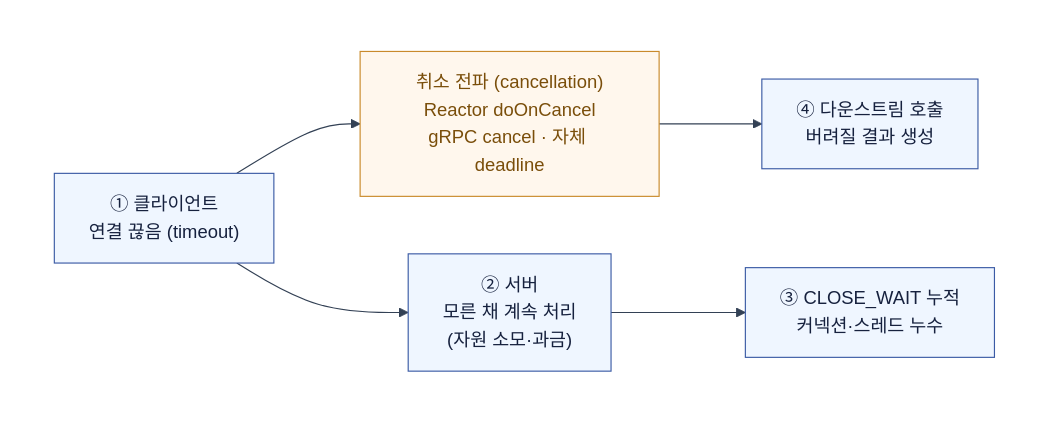
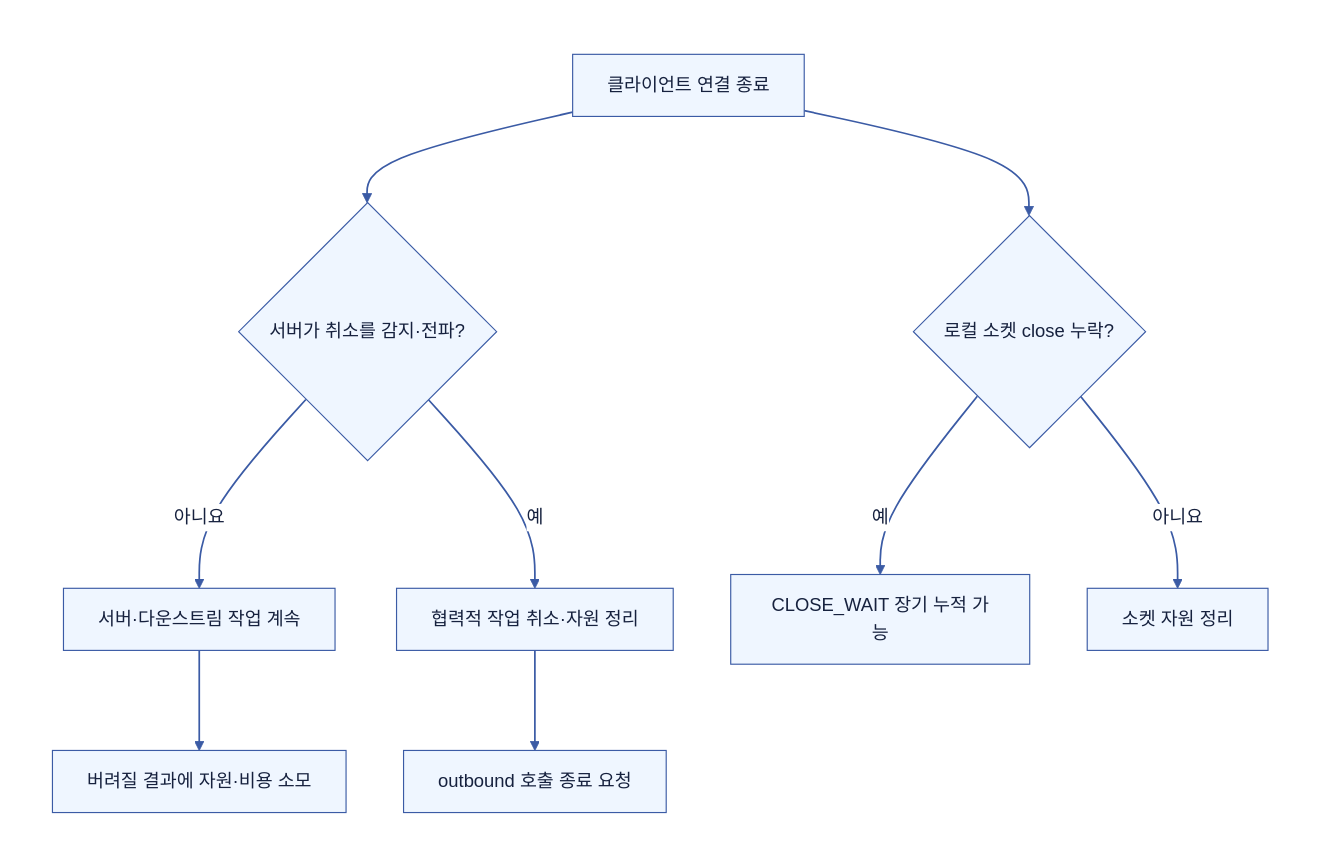
One commit to Hyune-s-lab/my-ai-study changed the fifth of 8 diagrams in computer-science/2606-모의면접-timeout.md. Above: the diagram before and after it, drawn with Mermaid. The commit also changed other lines of this file and 28 other files, not shown here.

Commit message:
docs: Mermaid 호환성과 문서 가독성 개선

````diff
--- a/computer-science/2606-모의면접-timeout.md
+++ b/computer-science/2606-모의면접-timeout.md
@@ -284,35 +246,22 @@
 ```mermaid
----
-config:
-  theme: base
-  darkMode: false
-  themeVariables:
-    background: "#ffffff"
-    primaryColor: "#ffffff"
-    primaryTextColor: "#111827"
-    primaryBorderColor: "#475569"
-    lineColor: "#334155"
-    edgeLabelBackground: "#ffffff"
----
-flowchart LR
+flowchart TD
+%%{init: {"theme": "base", "darkMode": false, "themeVariables": {"background": "#ffffff", "primaryColor": "#EFF6FF", "primaryTextColor": "#16213E", "primaryBorderColor": "#3B5BA5", "secondaryColor": "#F0FDF4", "tertiaryColor": "#FAF5FF", "lineColor": "#3B5BA5", "textColor": "#16213E", "edgeLabelBackground": "#ffffff", "clusterBkg": "#F8FAFC", "clusterBorder": "#CBD5E1"}}}%%
   subgraph canvas[" "]
-    direction LR
-
-    cli_disc["① 클라이언트\n연결 끊음 (timeout)"]
-    server_run["② 서버\n모른 채 계속 처리\n(자원 소모·과금)"]
-    close_wait["③ CLOSE_WAIT 누적\n커넥션·스레드 누수"]
-    downstream["④ 다운스트림 호출\n버려질 결과 생성"]
-
-    cli_disc --> cancel["취소 전파 (cancellation)\nReactor doOnCancel\ngRPC cancel · 자체 deadline"]
-    cancel --> downstream
+    direction TD
+    disconnect["클라이언트 연결 종료"] --> detect{"서버가 취소를 감지·전파?"}
+    detect -->|"아니요"| work["서버·다운스트림 작업 계속"]
+    work --> waste["버려질 결과에 자원·비용 소모"]
+    detect -->|"예"| cancel["협력적 작업 취소·자원 정리"]
+    cancel --> outbound["outbound 호출 종료 요청"]
+    disconnect --> close{"로컬 소켓 close 누락?"}
+    close -->|"예"| leak["CLOSE_WAIT 장기 누적 가능"]
+    close -->|"아니요"| released["소켓 자원 정리"]
   end
-
-  cli_disc --> server_run
-  server_run --> close_wait
-
+  style canvas fill:#ffffff,stroke:#ffffff,color:#111827
+  linkStyle default stroke:#3B5BA5,stroke-width:1.5px
   classDef app fill:#EFF6FF,stroke:#3B5BA5,stroke-width:1px,color:#16213E
-  classDef ctrl fill:#FFF7ED,stroke:#C98A2B,stroke-width:1px,color:#7A4E0A
-  class cli_disc,server_run,close_wait,downstream app
-  class cancel ctrl
-  style canvas fill:#ffffff,stroke:#ffffff,stroke-width:0px,color:#111827
+  class disconnect,detect,work,waste,cancel,outbound,close,leak,released app
+  classDef db fill:#F0FDF4,stroke:#3F8E55,stroke-width:1px,color:#16213E
+  classDef policy fill:#FAF5FF,stroke:#A855F7,stroke-width:1px,color:#16213E
+  classDef worker fill:#FFF7ED,stroke:#C98A2B,stroke-width:1px,color:#16213E
 ```
````
